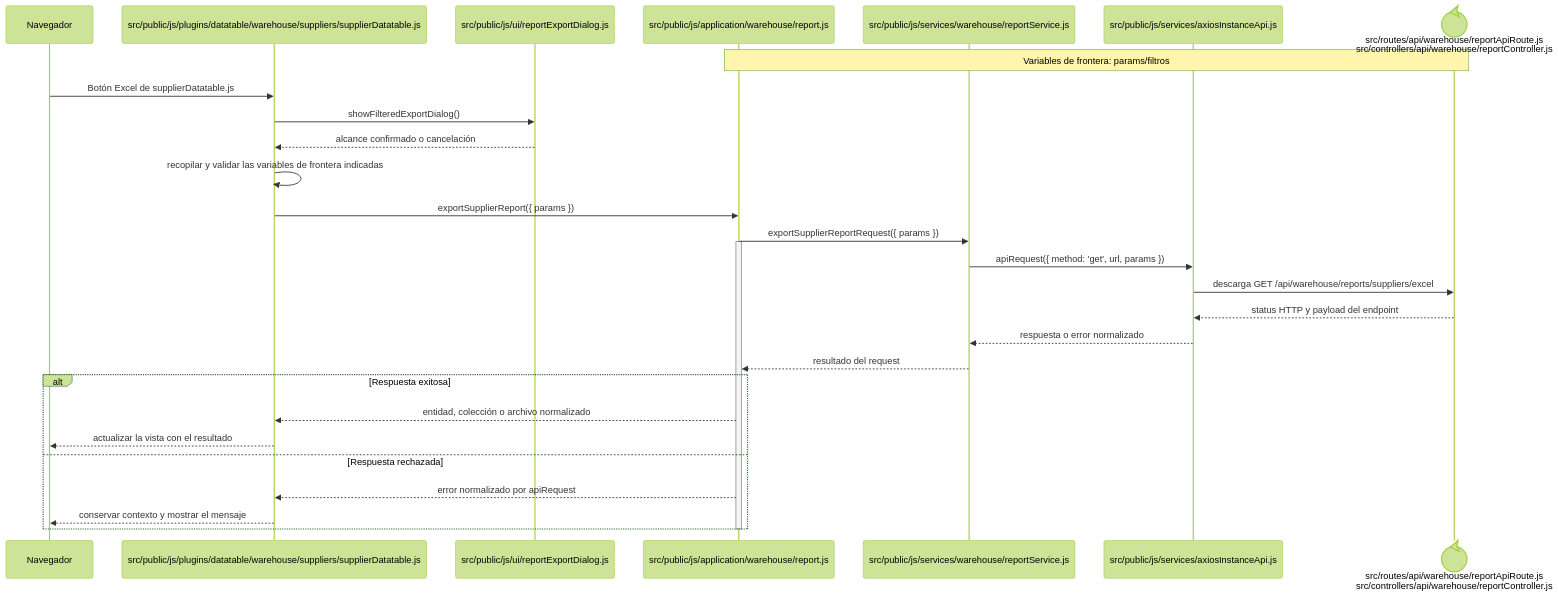
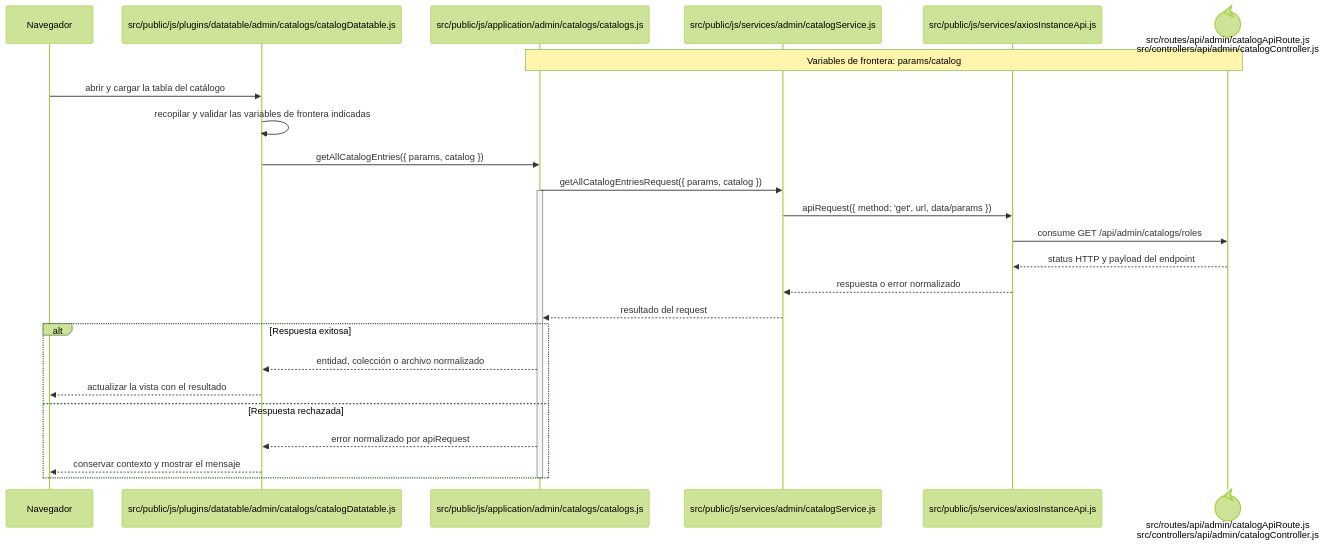
The diagram in docs/architecture/frontend-code-sequences/catalogs/cu-cat-13.md (gpgsistemas01/nexus), drawn with Mermaid (forest theme) before and after one commit. The commit also changed other lines of this file and 287 other files, not shown here.

````diff
--- a/docs/architecture/frontend-code-sequences/catalogs/cu-cat-13.md
+++ b/docs/architecture/frontend-code-sequences/catalogs/cu-cat-13.md
@@ -6,32 +6,29 @@
 ```mermaid
 sequenceDiagram
     participant Browser as Navegador
-    participant View as src/public/js/plugins/datatable/warehouse/suppliers/supplierDatatable.js
-    participant Dialog as src/public/js/ui/reportExportDialog.js
-    participant Application as src/public/js/application/warehouse/report.js
-    participant Request as src/public/js/services/warehouse/reportService.js
+    participant View as src/public/js/plugins/datatable/admin/catalogs/catalogDatatable.js
+    participant Application as src/public/js/application/admin/catalogs/catalogs.js
+    participant Request as src/public/js/services/admin/catalogService.js
     participant HTTP as src/public/js/services/axiosInstanceApi.js
-    participant Transport@{ "type": "control" } as src/routes/api/warehouse/reportApiRoute.js<br/>src/controllers/api/warehouse/reportController.js
-    Note over Application,Transport: Variables de frontera: params/filtros
+    participant Transport@{ "type": "control" } as src/routes/api/admin/catalogApiRoute.js<br/>src/controllers/api/admin/catalogController.js
+    Note over Application,Transport: Variables de frontera: params/catalog
 
-    Browser->>View: Botón Excel de supplierDatatable.js
-    View->>Dialog: showFilteredExportDialog()
-    Dialog-->>View: alcance confirmado o cancelación
+    Browser->>View: abrir y cargar la tabla del catálogo
     View->>View: recopilar y validar las variables de frontera indicadas
-    View->>Application: exportSupplierReport({ params })
-    Application->>Request: exportSupplierReportRequest({ params })
+    View->>Application: getAllCatalogEntries({ params, catalog })
+    Application->>Request: getAllCatalogEntriesRequest({ params, catalog })
     activate Application
-    Request->>HTTP: apiRequest({ method: 'get', url, params })
-    HTTP->>Transport: descarga GET /api/warehouse/reports/suppliers/excel
+    Request->>HTTP: apiRequest({ method: 'get', url, data/params })
+    HTTP->>Transport: consume GET /api/admin/catalogs/roles
     Transport-->>HTTP: status HTTP y payload del endpoint
     HTTP-->>Request: respuesta o error normalizado
     Request-->>Application: resultado del request
     alt Respuesta exitosa
         Application-->>View: entidad, colección o archivo normalizado
         View-->>Browser: actualizar la vista con el resultado
     else Respuesta rechazada
         Application-->>View: error normalizado por apiRequest
         View-->>Browser: conservar contexto y mostrar el mensaje
     end
     deactivate Application
 ```
````
